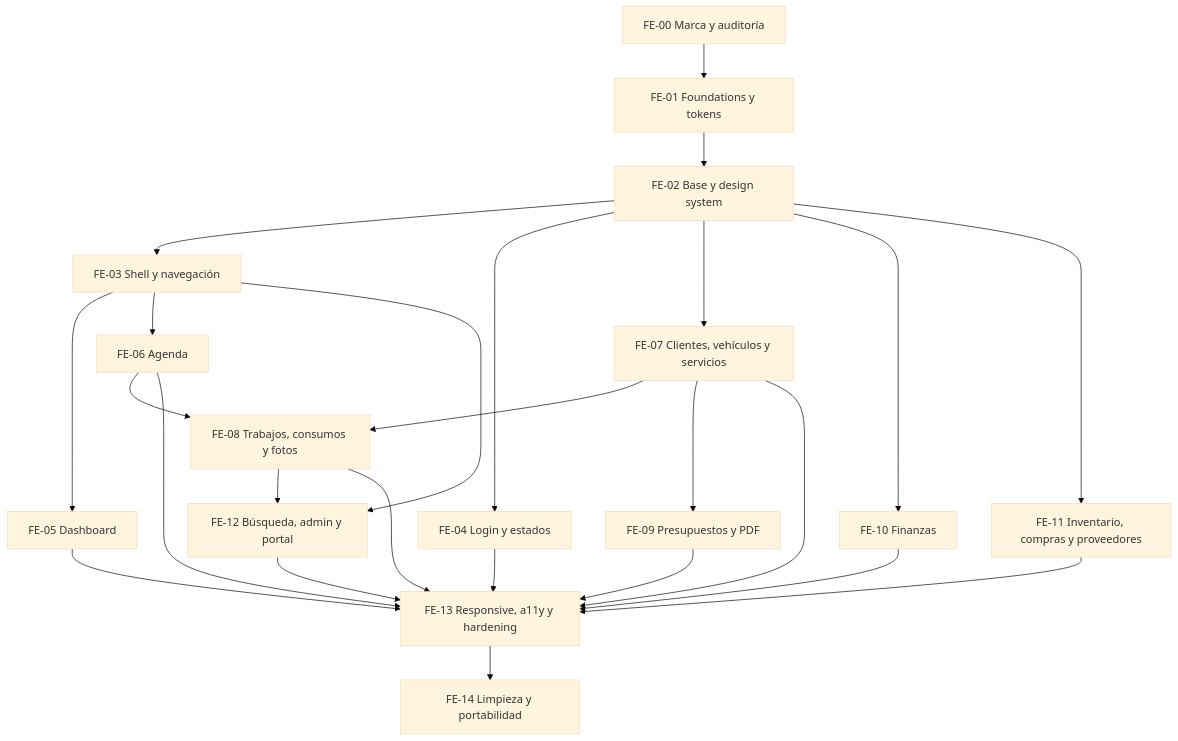
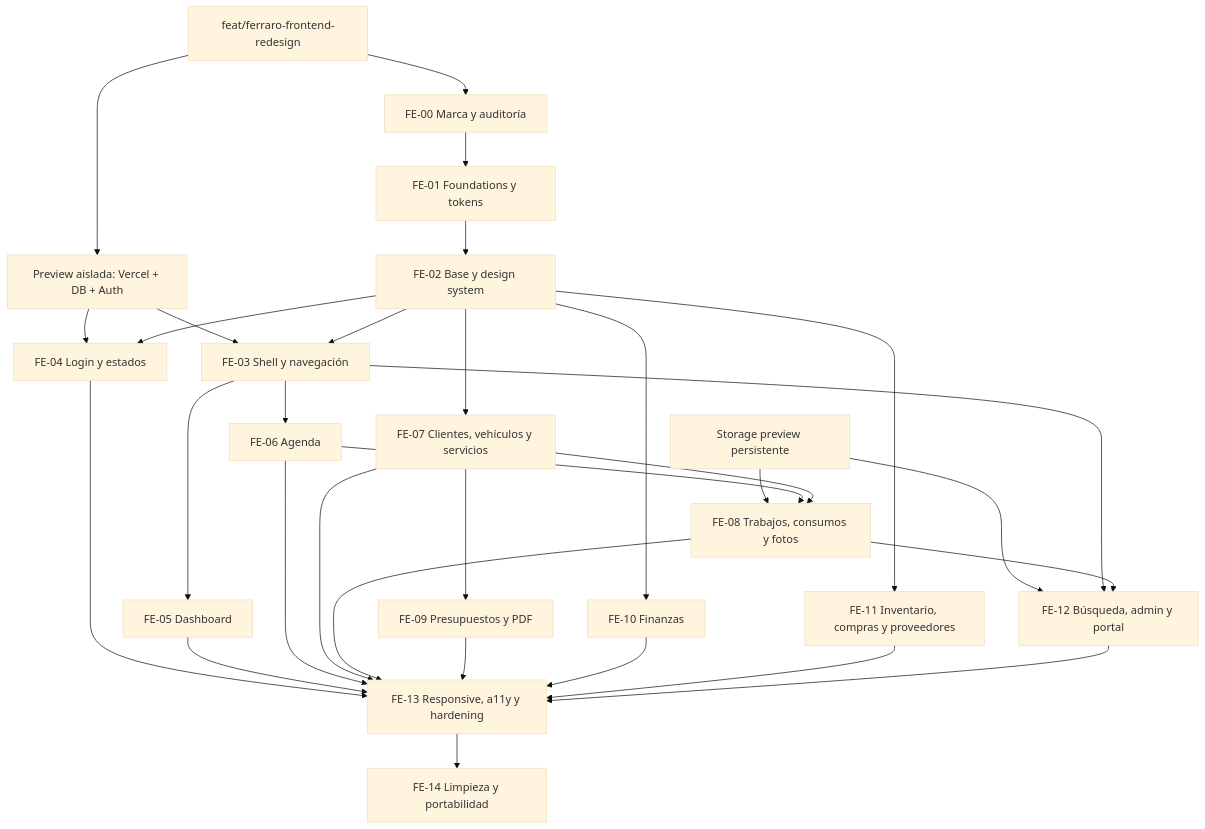
The diagram in docs/FERRARO_FRONTEND_MASTER_PLAN.md (Broco-Solutions/ferraro-manager), drawn with Mermaid (base theme) before and after one commit. The commit also changed other lines of this file, not shown here.

Commit message:
docs(frontend): refine preview and execution strategy

````diff
--- a/docs/FERRARO_FRONTEND_MASTER_PLAN.md
+++ b/docs/FERRARO_FRONTEND_MASTER_PLAN.md
@@ -757,27 +801,33 @@
 ```mermaid
 flowchart TD
+  BRANCH[feat/ferraro-frontend-redesign] --> FE00[FE-00 Marca y auditoría]
+  BRANCH --> ENV[Preview aislada: Vercel + DB + Auth]
+  ENV[Preview aislada: Vercel + DB + Auth] --> FE03[FE-03 Shell y navegación]
+  ENV --> FE04[FE-04 Login y estados]
+  MEDIA[Storage preview persistente] --> FE08[FE-08 Trabajos, consumos y fotos]
+  MEDIA --> FE12[FE-12 Búsqueda, admin y portal]
   FE00[FE-00 Marca y auditoría] --> FE01[FE-01 Foundations y tokens]
   FE01 --> FE02[FE-02 Base y design system]
   FE02 --> FE03[FE-03 Shell y navegación]
   FE02 --> FE04[FE-04 Login y estados]
   FE03 --> FE05[FE-05 Dashboard]
   FE03 --> FE06[FE-06 Agenda]
   FE02 --> FE07[FE-07 Clientes, vehículos y servicios]
   FE06 --> FE08[FE-08 Trabajos, consumos y fotos]
   FE07 --> FE08
   FE07 --> FE09[FE-09 Presupuestos y PDF]
   FE02 --> FE10[FE-10 Finanzas]
   FE02 --> FE11[FE-11 Inventario, compras y proveedores]
   FE03 --> FE12[FE-12 Búsqueda, admin y portal]
   FE08 --> FE12
   FE04 --> FE13[FE-13 Responsive, a11y y hardening]
   FE05 --> FE13
   FE06 --> FE13
   FE07 --> FE13
   FE08 --> FE13
   FE09 --> FE13
   FE10 --> FE13
   FE11 --> FE13
   FE12 --> FE13
   FE13 --> FE14[FE-14 Limpieza y portabilidad]
 ```
````
